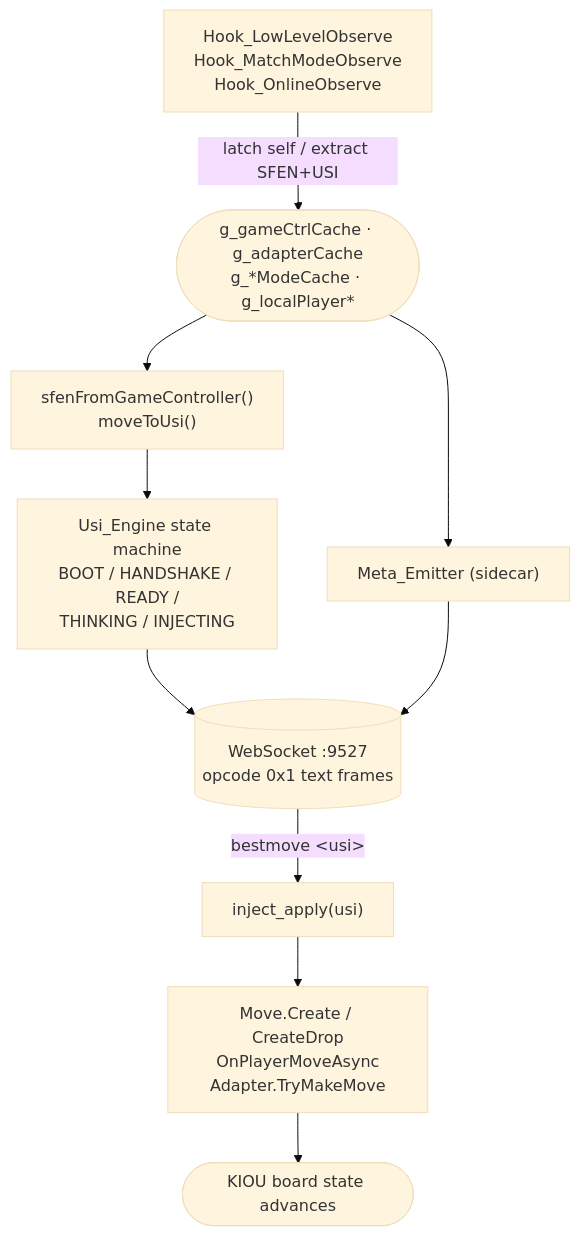
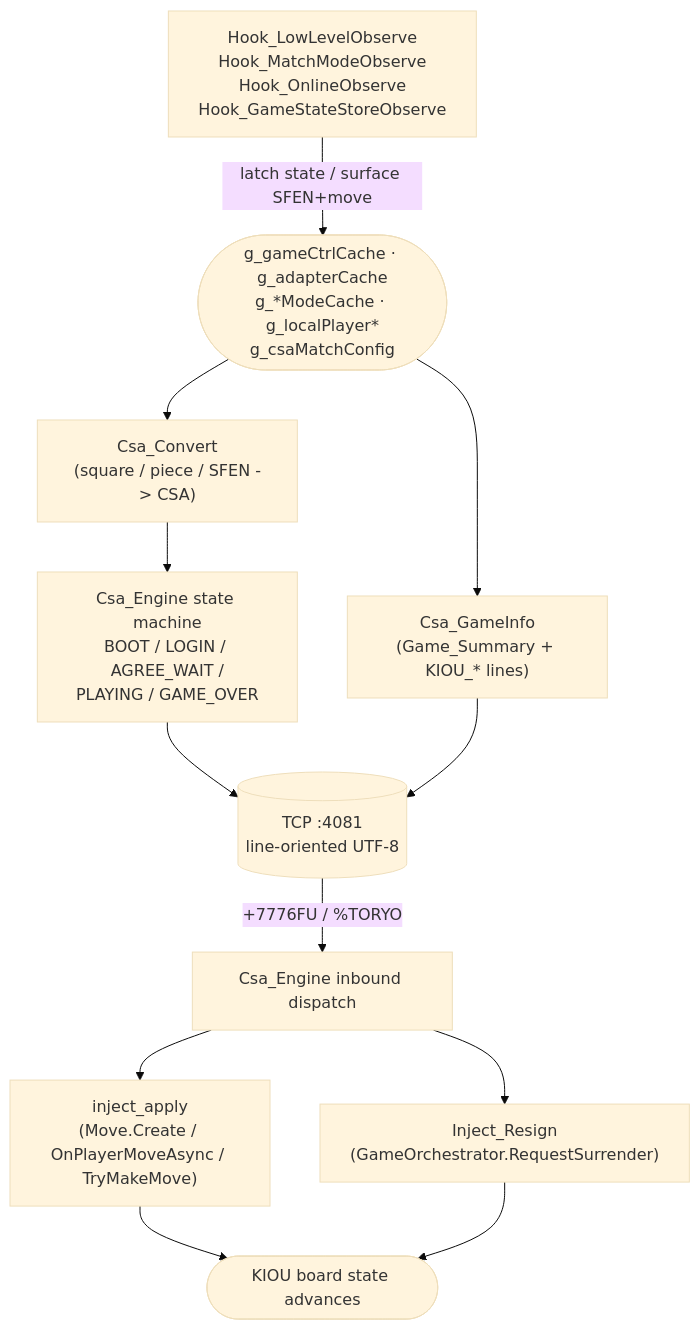
Before and after one commit to IPA-Patch/KiouEngineBridge: the second of 2 diagrams in README.md, drawn with Mermaid (base theme). The commit also changed other lines of this file and 6 other files, not shown here.

````diff
--- a/README.md
+++ b/README.md
@@ -135,22 +134,24 @@
 ```mermaid
 flowchart TD
-    obs["Hook_LowLevelObserve<br/>Hook_MatchModeObserve<br/>Hook_OnlineObserve"]
-    state(["g_gameCtrlCache &middot; g_adapterCache<br/>g_*ModeCache &middot; g_localPlayer*"])
-    sfen["sfenFromGameController()<br/>moveToUsi()"]
+    obs["Hook_LowLevelObserve<br/>Hook_MatchModeObserve<br/>Hook_OnlineObserve<br/>Hook_GameStateStoreObserve"]
+    state(["g_gameCtrlCache &middot; g_adapterCache<br/>g_*ModeCache &middot; g_localPlayer*<br/>g_csaMatchConfig"])
+    convert["Csa_Convert<br/>(square / piece / SFEN -> CSA)"]
 
-    obs -- "latch self / extract SFEN+USI" --> state
-    state --> sfen
-    sfen --> wsout
+    obs -- "latch state / surface SFEN+move" --> state
+    state --> convert
+    convert --> csaout
 
-    ws[("WebSocket :9527<br/>opcode 0x1 text frames")]
-    wsout["Usi_Engine state machine<br/>BOOT / HANDSHAKE / READY /<br/>THINKING / INJECTING"]
-    wsout --> ws
-    ws -- "bestmove &lt;usi&gt;" --> wsin
-    wsin["inject_apply(usi)"]
+    tcp[("TCP :4081<br/>line-oriented UTF-8")]
+    csaout["Csa_Engine state machine<br/>BOOT / LOGIN / AGREE_WAIT /<br/>PLAYING / GAME_OVER"]
+    csaout --> tcp
+    tcp -- "+7776FU / %TORYO" --> csain
+    csain["Csa_Engine inbound dispatch"]
 
-    wsin --> commit["Move.Create / CreateDrop<br/>OnPlayerMoveAsync<br/>Adapter.TryMakeMove"]
+    csain --> commit["inject_apply<br/>(Move.Create / OnPlayerMoveAsync / TryMakeMove)"]
+    csain --> resign["Inject_Resign<br/>(GameOrchestrator.RequestSurrender)"]
     commit --> kiou(["KIOU board state advances"])
+    resign --> kiou
 
-    state --> meta["Meta_Emitter (sidecar)"]
-    meta --> ws
+    state --> gameinfo["Csa_GameInfo<br/>(Game_Summary + KIOU_* lines)"]
+    gameinfo --> tcp
 ```
````
